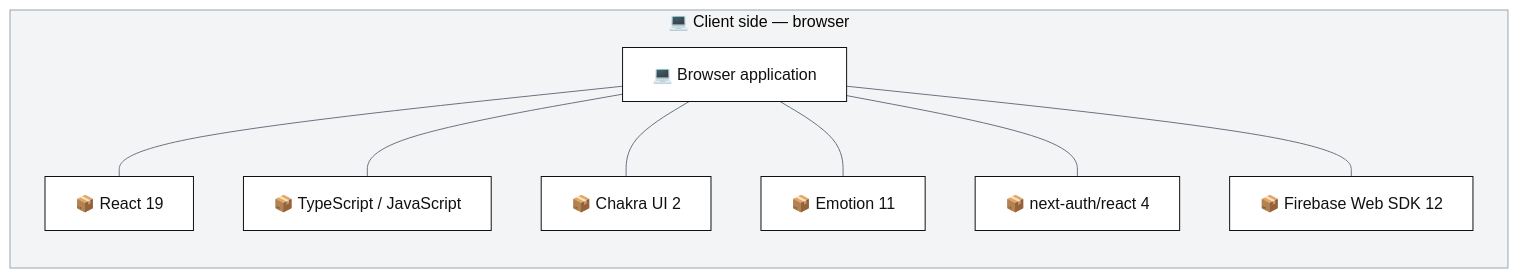
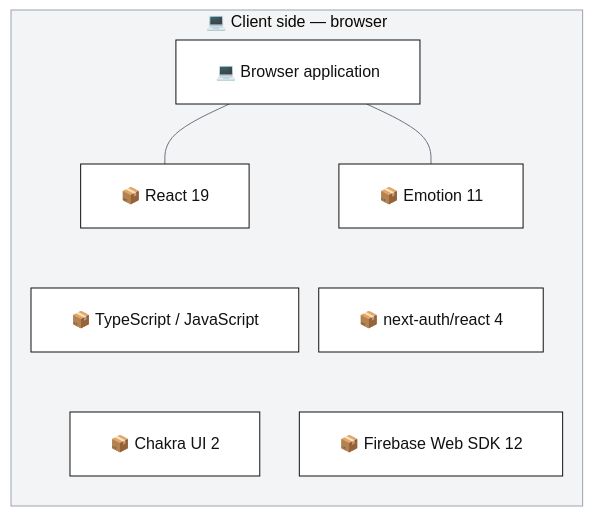
The first of 4 diagrams in docs/architecture/tech-stack.md (T00few2/dzr), drawn with Mermaid before and after one commit. The commit also changed other lines of this file and 46 other files, not shown here.

````diff
--- a/docs/architecture/tech-stack.md
+++ b/docs/architecture/tech-stack.md
@@ -11,27 +16,33 @@
 ```mermaid
 ---
 config:
   theme: base
+  flowchart:
+    padding: 20
+    nodeSpacing: 20
+    rankSpacing: 35
   themeCSS: |
     :is(&) { background: #ffffff; }
 ---
-flowchart LR
+flowchart TB
     subgraph client["💻 Client side — browser"]
+        direction TB
         clientapp["💻 Browser application"]
         clientTech0["📦 React 19"]
+        clientTech1["📦 TypeScript / JavaScript"]
+        clientTech2["📦 Chakra UI 2"]
+        clientTech3["📦 Emotion 11"]
+        clientTech4["📦 next-auth/react 4"]
+        clientTech5["📦 Firebase Web SDK 12"]
+        %% Invisible links arrange columns; these are not dependencies.
         clientapp --- clientTech0
-        clientTech1["📦 TypeScript / JavaScript"]
-        clientapp --- clientTech1
-        clientTech2["📦 Chakra UI 2"]
-        clientapp --- clientTech2
-        clientTech3["📦 Emotion 11"]
+        clientTech0 ~~~ clientTech1
+        clientTech1 ~~~ clientTech2
         clientapp --- clientTech3
-        clientTech4["📦 next-auth/react 4"]
-        clientapp --- clientTech4
-        clientTech5["📦 Firebase Web SDK 12"]
-        clientapp --- clientTech5
+        clientTech3 ~~~ clientTech4
+        clientTech4 ~~~ clientTech5
     end
     classDef default fill:#ffffff,stroke:#111111,color:#111111
     linkStyle default stroke:#6B7280
     style client fill:#f3f4f6,stroke:#9ca3af
 ```
````
